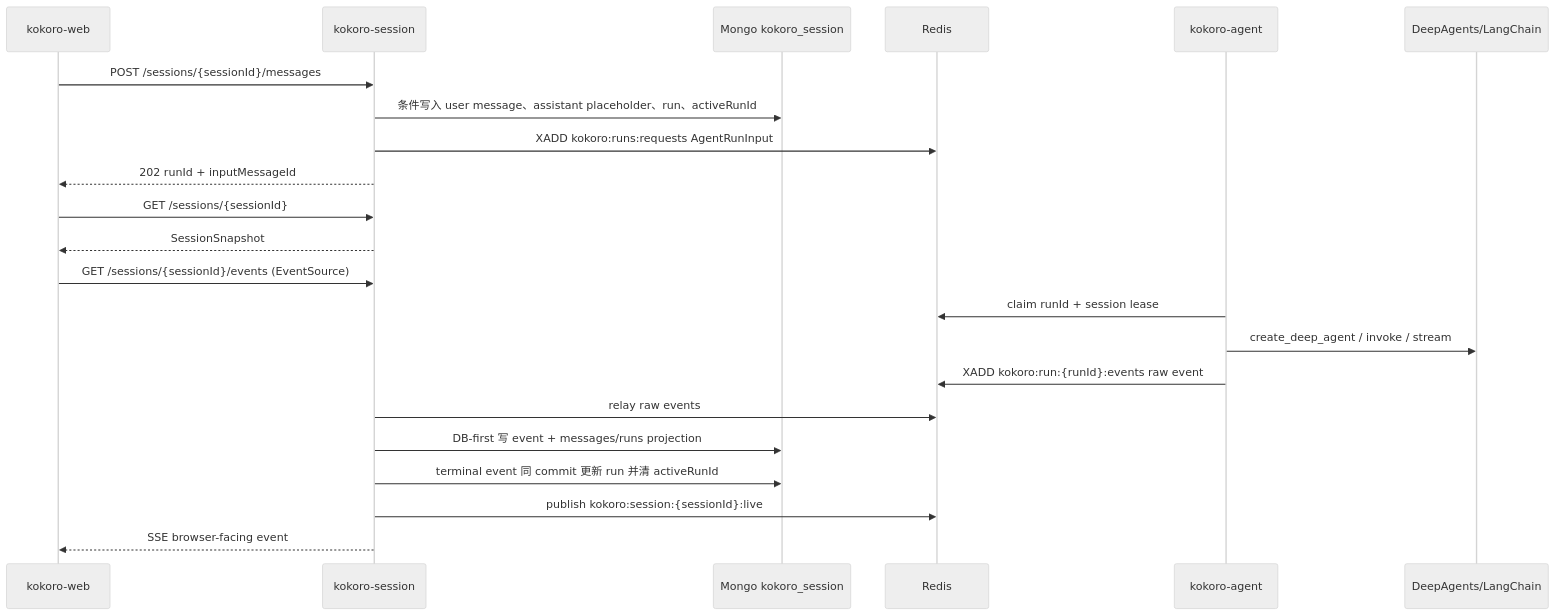
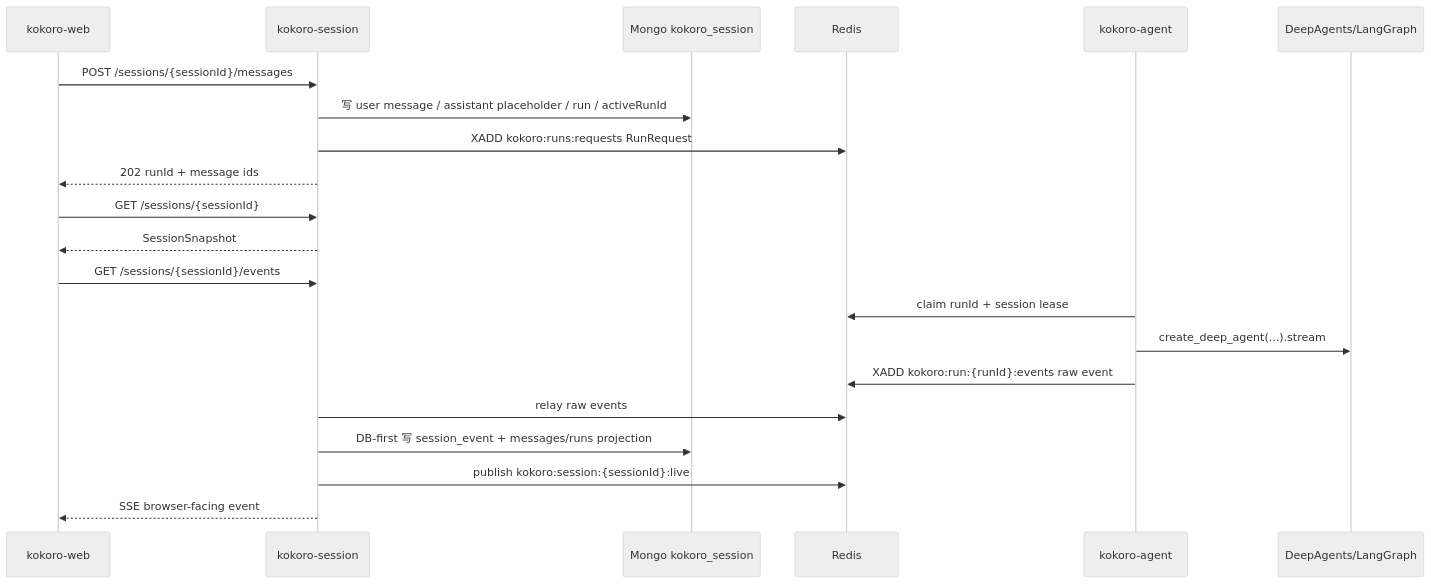
Before and after one commit to LordFoxFairy/Kokoro: the diagram in docs/kokoro-handbook/technical/11-agent-session-web-v1-runtime.md, drawn with Mermaid (neutral theme). The commit also changed other lines of this file and 20 other files, not shown here.

Commit message:
Finalize agent session web runtime standardization

````diff
--- a/docs/kokoro-handbook/technical/11-agent-session-web-v1-runtime.md
+++ b/docs/kokoro-handbook/technical/11-agent-session-web-v1-runtime.md
@@ -60,25 +227,24 @@
 ```mermaid
 sequenceDiagram
   participant W as kokoro-web
   participant S as kokoro-session
   participant M as Mongo kokoro_session
   participant R as Redis
   participant A as kokoro-agent
-  participant L as DeepAgents/LangChain
+  participant L as DeepAgents/LangGraph
 
   W->>S: POST /sessions/{sessionId}/messages
-  S->>M: 条件写入 user message、assistant placeholder、run、activeRunId
-  S->>R: XADD kokoro:runs:requests AgentRunInput
-  S-->>W: 202 runId + inputMessageId
+  S->>M: 写 user message / assistant placeholder / run / activeRunId
+  S->>R: XADD kokoro:runs:requests RunRequest
+  S-->>W: 202 runId + message ids
   W->>S: GET /sessions/{sessionId}
   S-->>W: SessionSnapshot
-  W->>S: GET /sessions/{sessionId}/events (EventSource)
+  W->>S: GET /sessions/{sessionId}/events
   A->>R: claim runId + session lease
-  A->>L: create_deep_agent / invoke / stream
+  A->>L: create_deep_agent(...).stream
   A->>R: XADD kokoro:run:{runId}:events raw event
   S->>R: relay raw events
-  S->>M: DB-first 写 event + messages/runs projection
-  S->>M: terminal event 同 commit 更新 run 并清 activeRunId
+  S->>M: DB-first 写 session_event + messages/runs projection
   S->>R: publish kokoro:session:{sessionId}:live
   S-->>W: SSE browser-facing event
 ```
````
